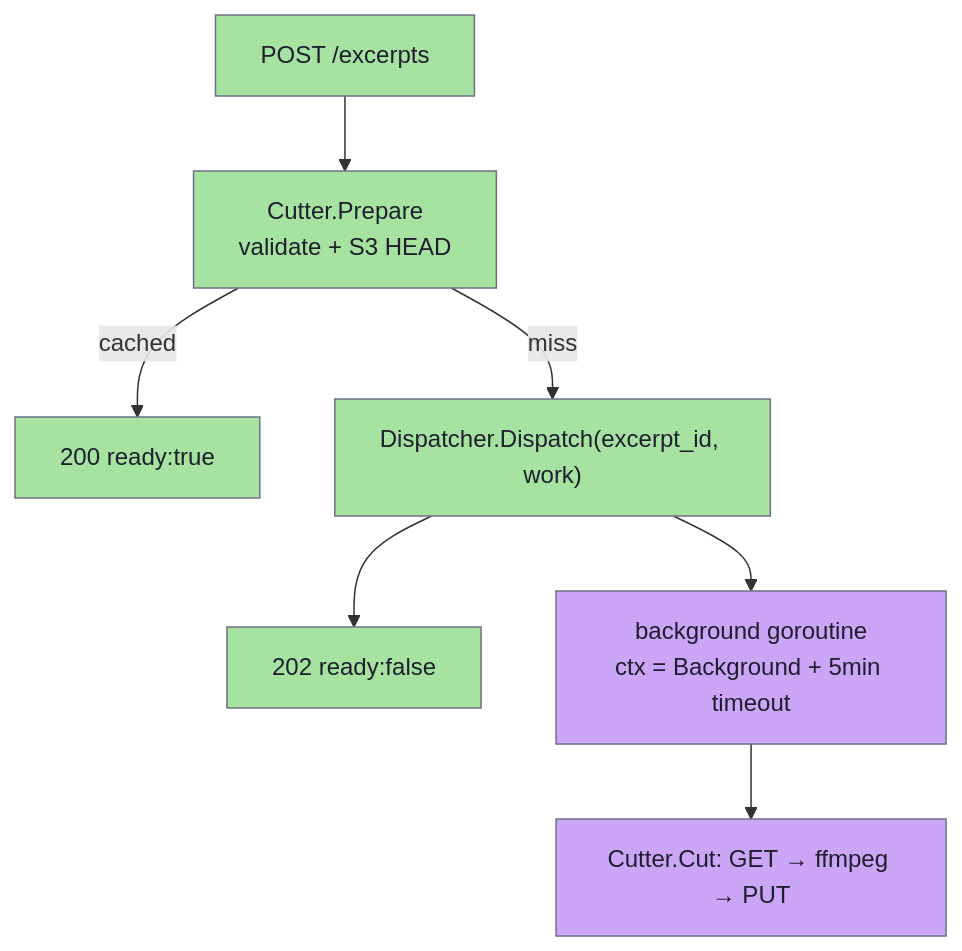
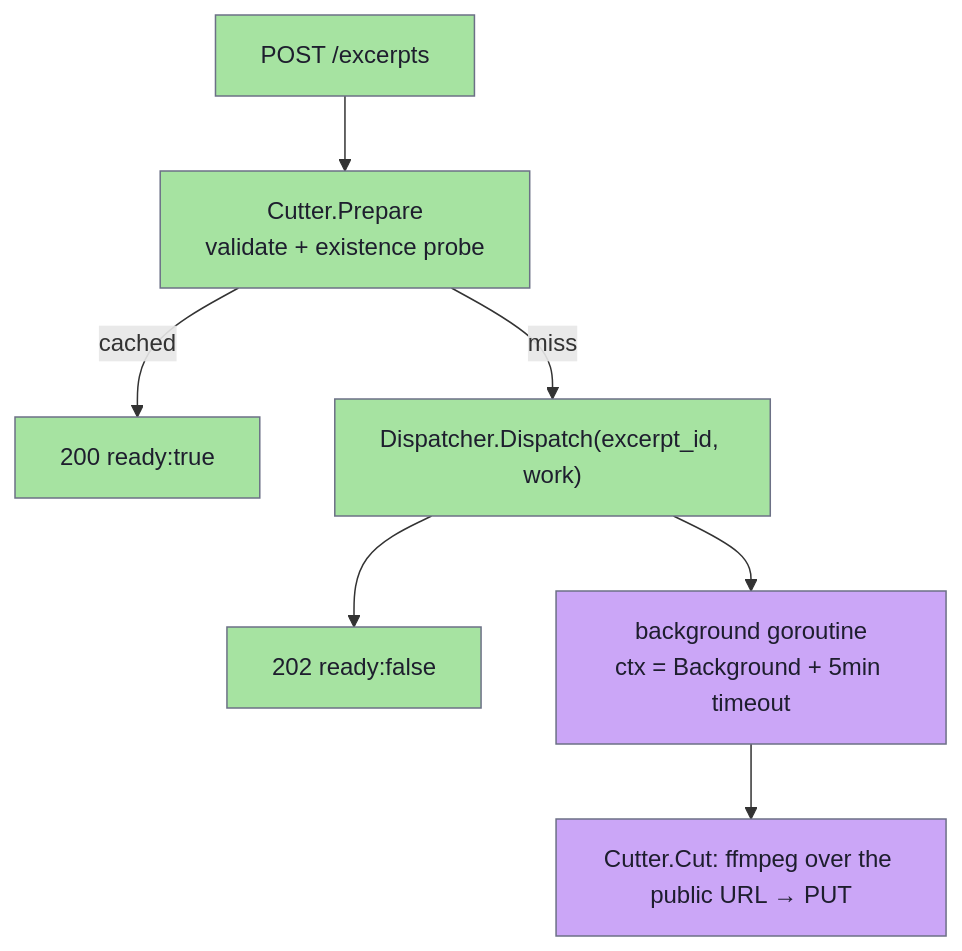
The second of 3 diagrams in docs/repos/shruti/modules/share-audio.md (jiva-studio/shruti), drawn with Mermaid before and after one commit. The commit also changed other lines of this file and 23 other files, not shown here.

````diff
--- a/docs/repos/shruti/modules/share-audio.md
+++ b/docs/repos/shruti/modules/share-audio.md
@@ -97,14 +98,14 @@
 ```mermaid
 graph TD
-    POST["POST /excerpts"] --> PREP["Cutter.Prepare<br/>validate + S3 HEAD"]
+    POST["POST /excerpts"] --> PREP["Cutter.Prepare<br/>validate + existence probe"]
     PREP -->|cached| R200["200 ready:true"]
     PREP -->|miss| DISP["Dispatcher.Dispatch(excerpt_id, work)"]
     DISP --> R202["202 ready:false"]
     DISP --> WORK["background goroutine<br/>ctx = Background + 5min timeout"]
-    WORK --> CUT["Cutter.Cut: GET → ffmpeg → PUT"]
+    WORK --> CUT["Cutter.Cut: ffmpeg over the public URL → PUT"]
 
     classDef sync fill:#a6e3a1,stroke:#6c7086,color:#1e1e2e;
     classDef async fill:#cba6f7,stroke:#6c7086,color:#1e1e2e;
     class POST,PREP,R200,R202,DISP sync;
     class WORK,CUT async;
 ```
````
